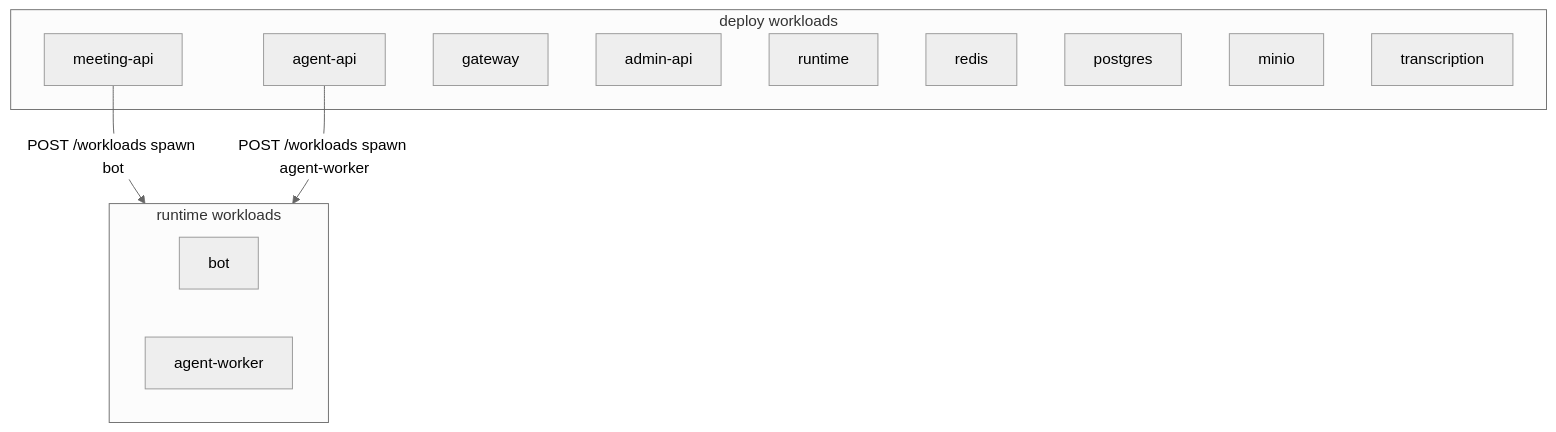
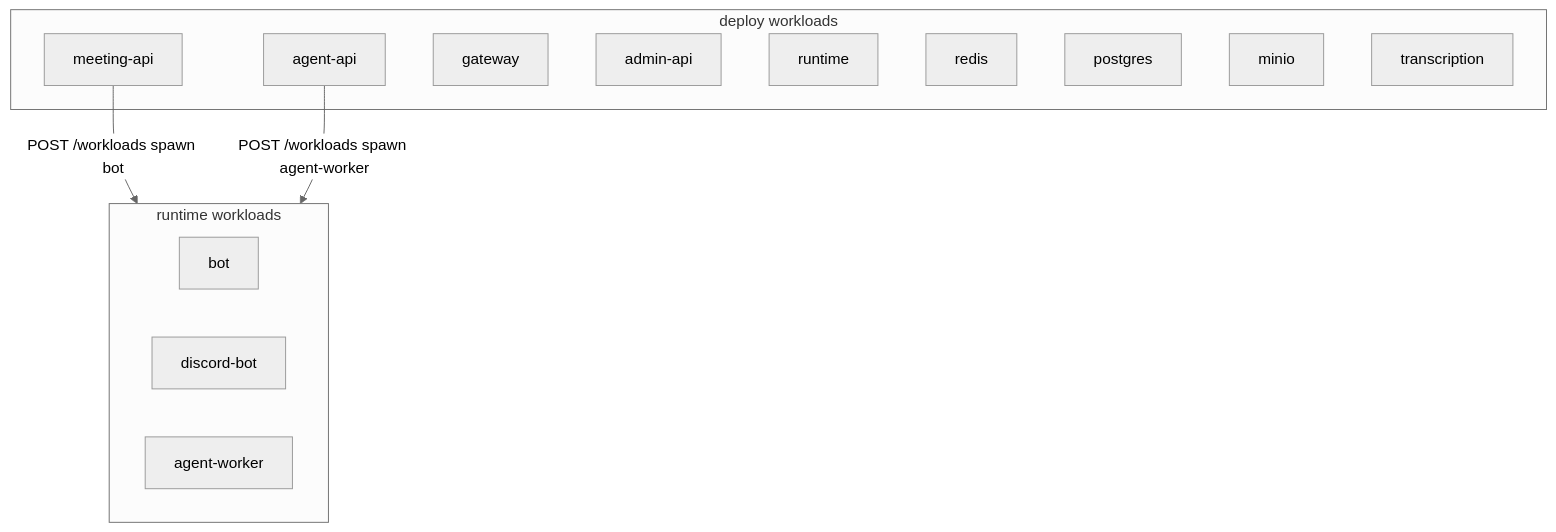
One commit to Vexa-ai/vexa changed the diagram in docs/views/deployment.mmd. Above: the diagram before and after it, drawn with Mermaid (neutral theme). The commit also changed 72 other files, not shown here.

```diff
--- a/docs/views/deployment.mmd
+++ b/docs/views/deployment.mmd
@@ -1,19 +1,20 @@
 %% GENERATED — pnpm arch:dsl --write
 flowchart TB
   subgraph runtime_wl["runtime workloads"]
     bot["bot"]
+    discord_bot["discord-bot"]
     agent_worker["agent-worker"]
   end
   meeting_api -->|"POST /workloads spawn bot"| runtime_wl
   agent_api -->|"POST /workloads spawn agent-worker"| runtime_wl
   subgraph deploy_wl["deploy workloads"]
     gateway["gateway"]
     meeting_api["meeting-api"]
     agent_api["agent-api"]
     admin_api["admin-api"]
     runtime["runtime"]
     redis["redis"]
     postgres["postgres"]
     minio["minio"]
     transcription["transcription"]
   end
```
